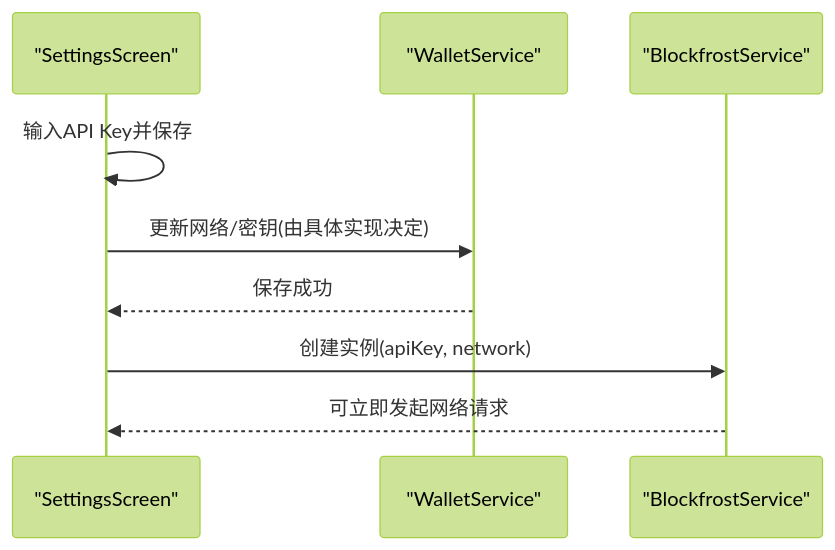
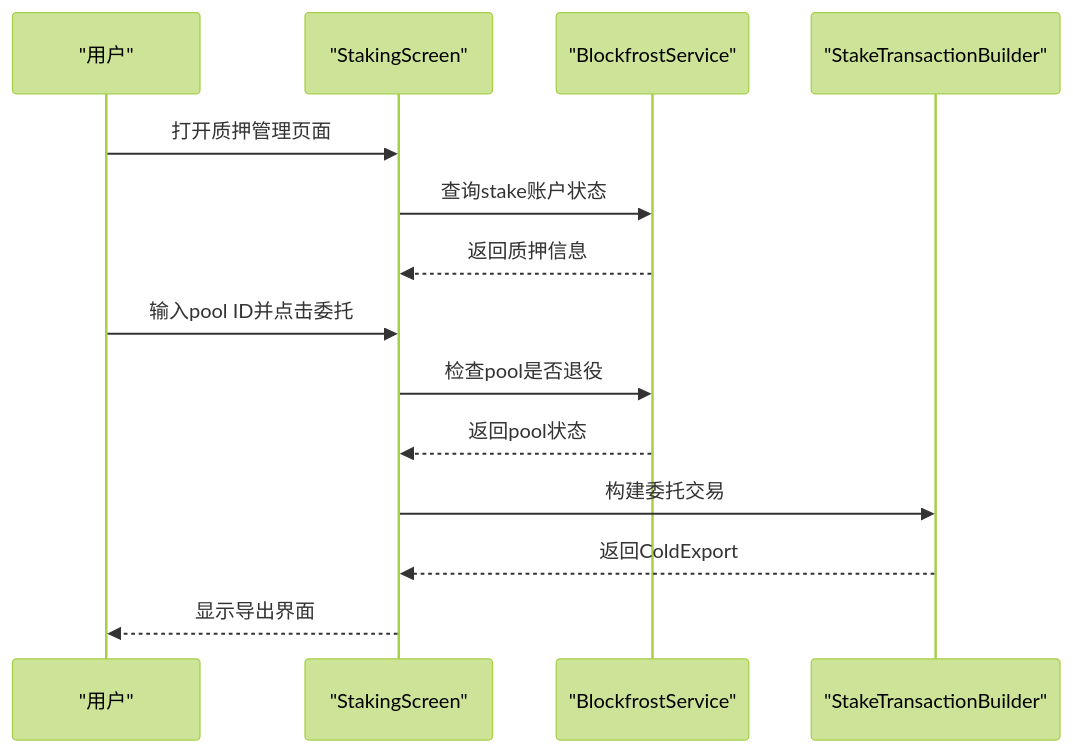
One commit to EqualToEthan/stasis changed the fifth of 6 diagrams in .qoder/repowiki/zh/content/核心服务/区块链交互服务.md. Above: the diagram before and after it, drawn with Mermaid (forest theme). The commit also changed other lines of this file and 60 other files, not shown here.

````diff
--- a/.qoder/repowiki/zh/content/核心服务/区块链交互服务.md
+++ b/.qoder/repowiki/zh/content/核心服务/区块链交互服务.md
@@ -225,11 +239,16 @@
 ```mermaid
 sequenceDiagram
-participant SS as "SettingsScreen"
-participant WS as "WalletService"
+participant User as "用户"
+participant SS as "StakingScreen"
 participant BS as "BlockfrostService"
-SS->>SS : 输入API Key并保存
-SS->>WS : 更新网络/密钥(由具体实现决定)
-WS-->>SS : 保存成功
-SS->>BS : 创建实例(apiKey, network)
-BS-->>SS : 可立即发起网络请求
+participant STB as "StakeTransactionBuilder"
+User->>SS : 打开质押管理页面
+SS->>BS : 查询stake账户状态
+BS-->>SS : 返回质押信息
+User->>SS : 输入pool ID并点击委托
+SS->>BS : 检查pool是否退役
+BS-->>SS : 返回pool状态
+SS->>STB : 构建委托交易
+STB-->>SS : 返回ColdExport
+SS-->>User : 显示导出界面
 ```
````
